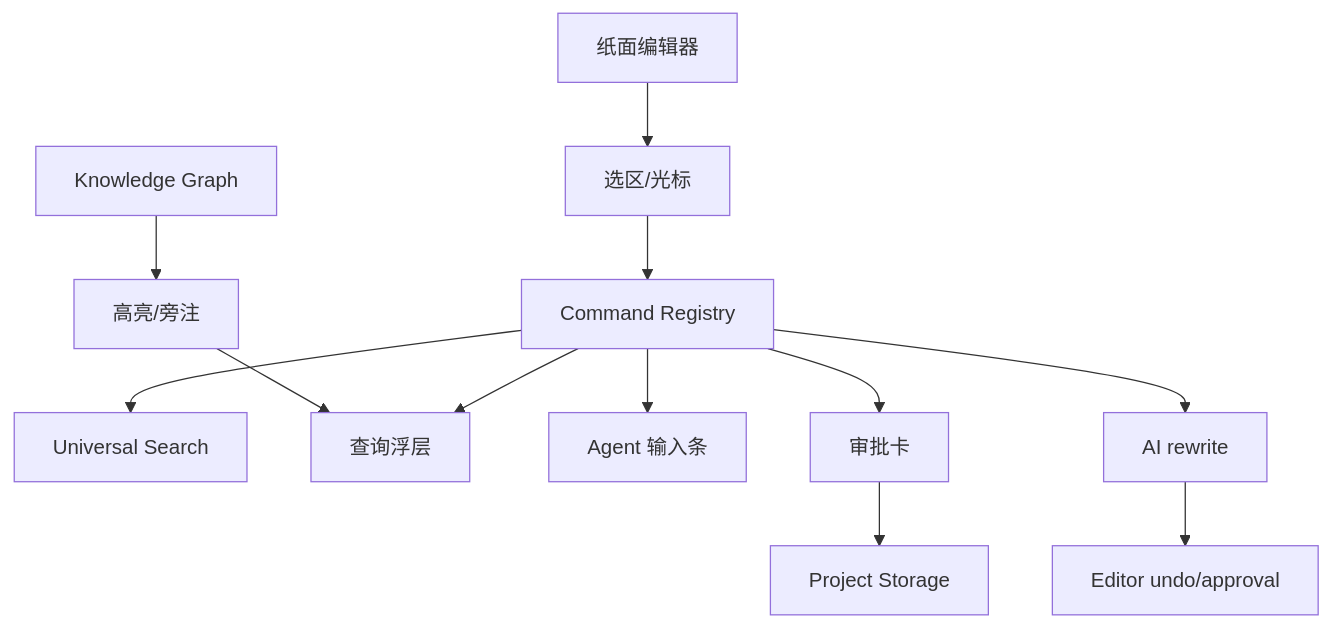
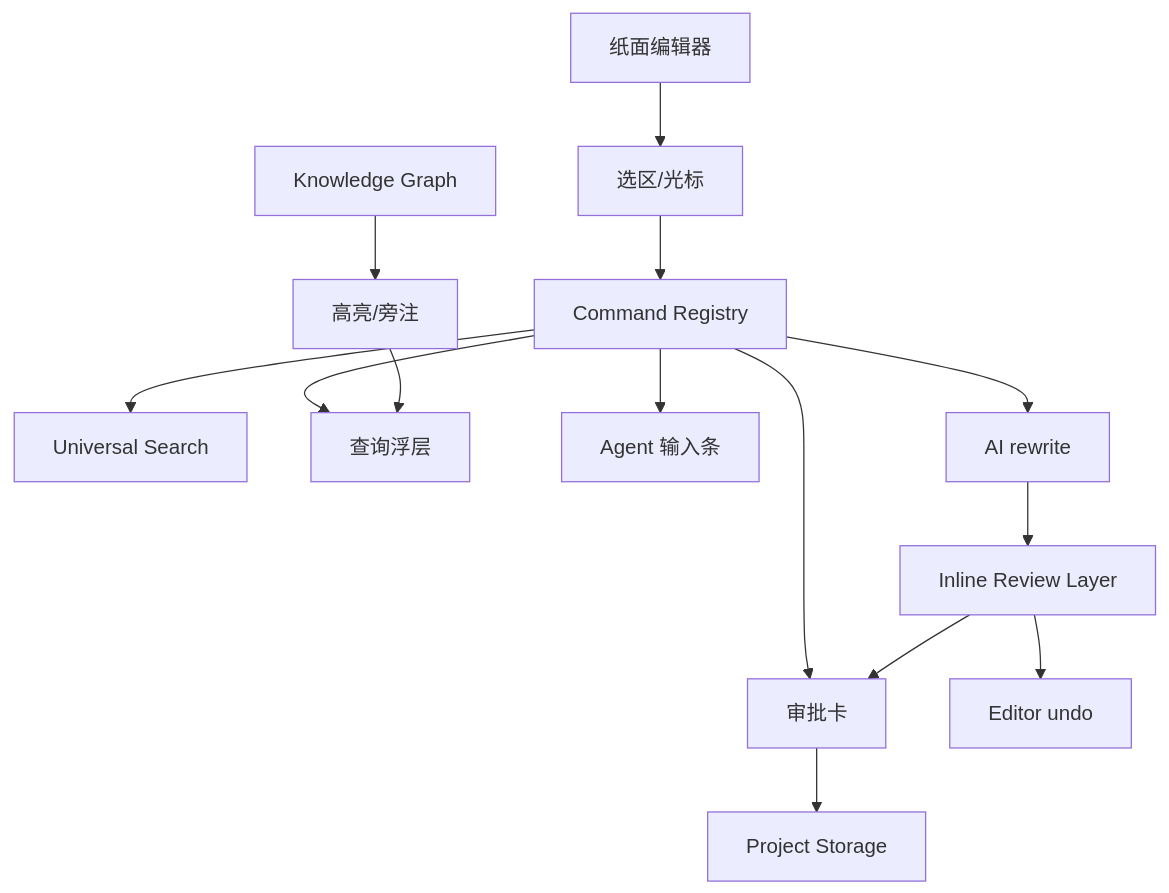
One commit to jinhuang712/open-novel changed the first of 3 diagrams in spec/S10-editor-and-interaction.md. Above: the diagram before and after it, drawn with Mermaid. The commit also changed other lines of this file and 13 other files, not shown here.

Commit message:
docs: define inline review approval path

````diff
--- a/spec/S10-editor-and-interaction.md
+++ b/spec/S10-editor-and-interaction.md
@@ -7,14 +7,16 @@
 ```mermaid
 flowchart TB
   Editor[纸面编辑器] --> Selection[选区/光标]
   Selection --> Command[Command Registry]
   Command --> Search[Universal Search]
   Command --> Query[查询浮层]
   Command --> Composer[Agent 输入条]
   Command --> Approval[审批卡]
   Command --> Rewrite[AI rewrite]
+  Rewrite --> Review[Inline Review Layer]
   KG[Knowledge Graph] --> Highlight[高亮/旁注]
   Highlight --> Query
-  Rewrite --> Undo[Editor undo/approval]
+  Review --> Undo[Editor undo]
+  Review --> Approval
   Approval --> Storage[Project Storage]
 ```
````
